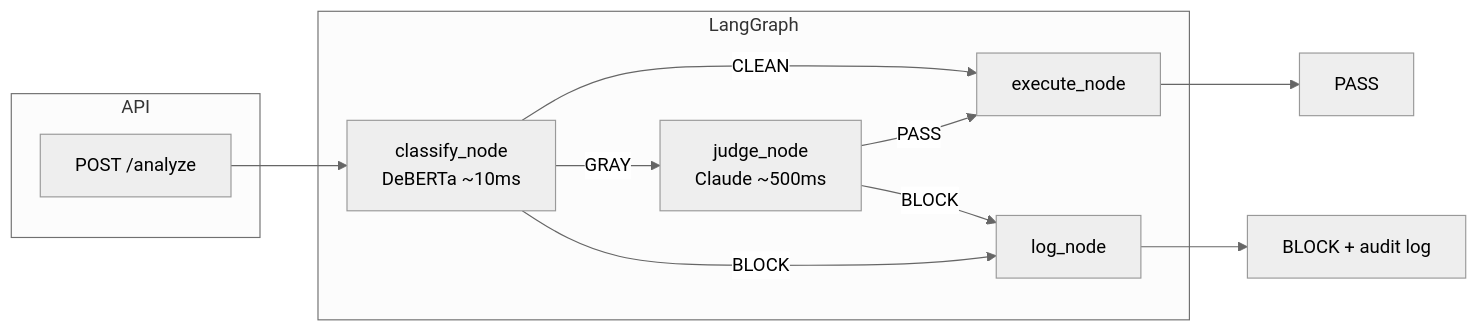
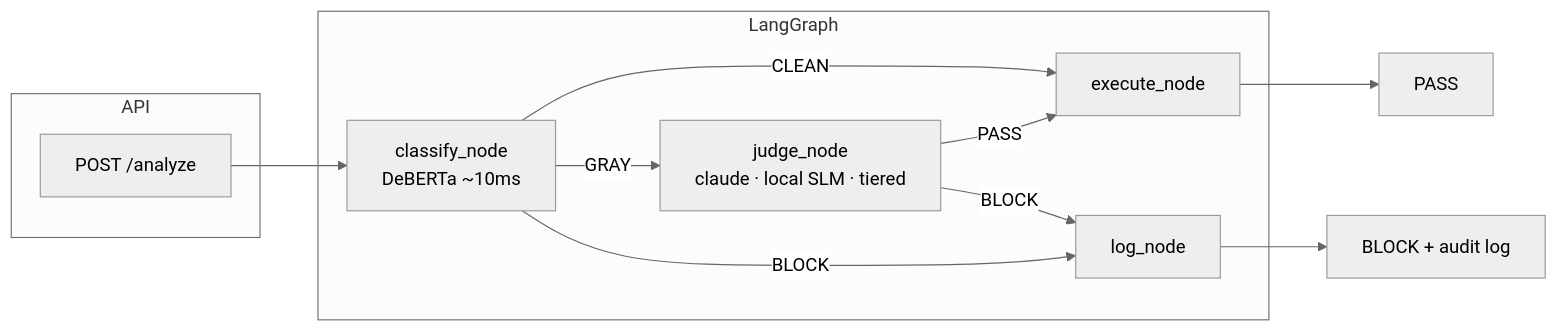
The diagram in README.md (nlorber/llm-firewall), drawn with Mermaid (neutral theme) before and after one commit. The commit also changed other lines of this file and 3 other files, not shown here.

Commit message:
docs: document the distilled local judge and tiered design

````diff
--- a/README.md
+++ b/README.md
@@ -33,22 +33,22 @@
 ```mermaid
 flowchart LR
     subgraph API
         REQ[POST /analyze]
     end
 
     subgraph LangGraph
         CLS[classify_node<br/>DeBERTa ~10ms]
-        JDG[judge_node<br/>Claude ~500ms]
+        JDG[judge_node<br/>claude · local SLM · tiered]
         EXE[execute_node]
         LOG[log_node]
     end
 
     REQ --> CLS
     CLS -->|CLEAN| EXE
     CLS -->|GRAY| JDG
     CLS -->|BLOCK| LOG
     JDG -->|PASS| EXE
     JDG -->|BLOCK| LOG
     EXE --> PASS[PASS]
     LOG --> BLOCK[BLOCK + audit log]
 ```
````
